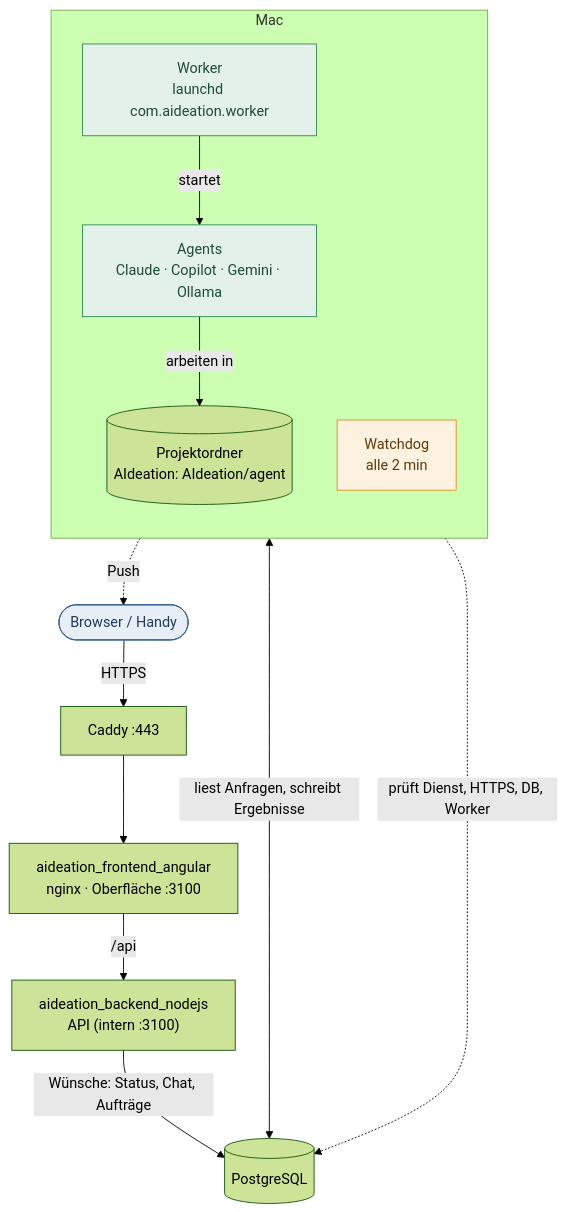
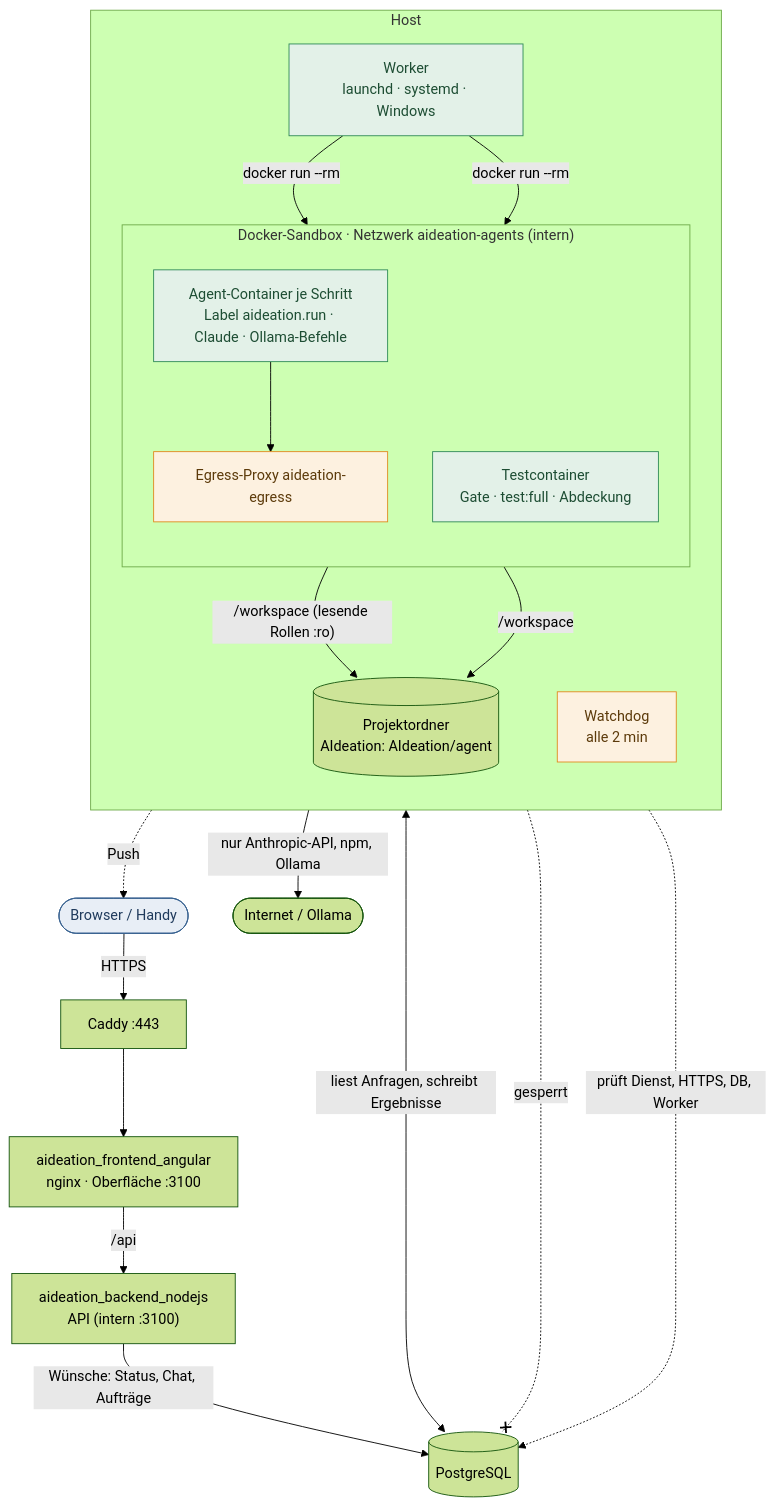
Before and after one commit to zaaaazzy/AutoDEV: the first of 9 diagrams in docs/laufzeit.md, drawn with Mermaid (forest theme). The commit also changed other lines of this file and 27 other files, not shown here.

First line of the commit message:
Entwickler: Docker-Sandbox Phase 3: alle Rollen und Test-Gate im Contain

````diff
--- a/docs/laufzeit.md
+++ b/docs/laufzeit.md
@@ -9,23 +9,33 @@
 ```mermaid
 flowchart TB
   U(["Browser / Handy"]):::person -->|HTTPS| C["Caddy :443"]
   C --> FE["aideation_frontend_angular<br/>nginx · Oberfläche :3100"]
   FE -->|"/api"| API["aideation_backend_nodejs<br/>API (intern :3100)"]
-  subgraph MAC["Mac"]
+  subgraph HOST["Host"]
     direction TB
-    W["Worker<br/>launchd com.aideation.worker"]:::ok
+    W["Worker<br/>launchd · systemd · Windows"]:::ok
     WD["Watchdog<br/>alle 2 min"]:::wait
-    AG["Agents<br/>Claude · Copilot · Gemini · Ollama"]:::ok
     P[("Projektordner<br/>AIdeation: AIdeation/agent")]
+    subgraph SANDBOX["Docker-Sandbox · Netzwerk aideation-agents (intern)"]
+      direction TB
+      AG["Agent-Container je Schritt<br/>Label aideation.run · Claude · Ollama-Befehle"]:::ok
+      TC["Testcontainer<br/>Gate · test:full · Abdeckung"]:::ok
+      EG["Egress-Proxy aideation-egress"]:::wait
+    end
   end
   API -->|"Wünsche: Status, Chat, Aufträge"| DB[("PostgreSQL")]
   W <-->|"liest Anfragen, schreibt Ergebnisse"| DB
-  W -->|startet| AG
-  AG -->|arbeiten in| P
+  W -->|"docker run --rm"| AG
+  W -->|"docker run --rm"| TC
+  AG -->|"/workspace (lesende Rollen :ro)"| P
+  TC -->|/workspace| P
+  AG --> EG
+  EG -->|"nur Anthropic-API, npm, Ollama"| NET(["Internet / Ollama"])
+  AG -.-x|gesperrt| DB
   WD -.->|"prüft Dienst, HTTPS, DB, Worker"| DB
   WD -.->|Push| U
   classDef ok fill:#e3f1e8,stroke:#2f8a57,color:#1d4d33
   classDef bad fill:#fbe9e4,stroke:#b4472f,color:#6b2717
   classDef wait fill:#fdf1e0,stroke:#e08a1e,color:#5c3a0a
   classDef person fill:#e8eef6,stroke:#36608f,color:#1f3a5c
 ```
````
